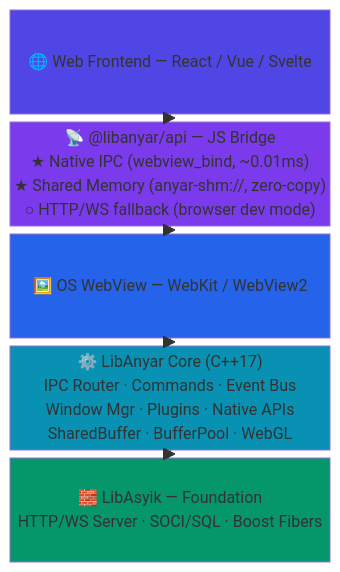
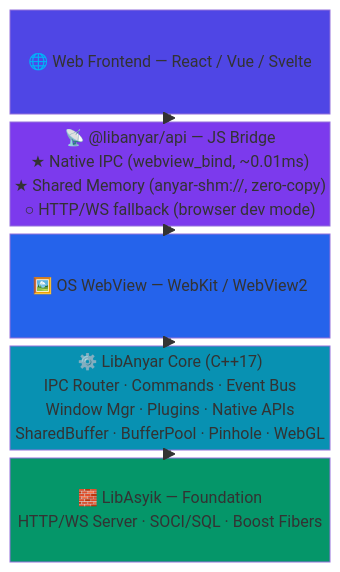
Before and after one commit to okyfirmansyah/libanyar: the first of 2 diagrams in README.md, drawn with Mermaid. The commit also changed other lines of this file and 45 other files, not shown here.

````diff
--- a/README.md
+++ b/README.md
@@ -59,21 +60,21 @@
 ```mermaid
 block-beta
   columns 1
 
   A["🌐 Web Frontend — React / Vue / Svelte"]
   B["📡 @libanyar/api — JS Bridge\n★ Native IPC (webview_bind, ~0.01ms)\n★ Shared Memory (anyar-shm://, zero-copy)\n○ HTTP/WS fallback (browser dev mode)"]
   C["🖼️ OS WebView — WebKit / WebView2"]
-  D["⚙️ LibAnyar Core (C++17)\nIPC Router · Commands · Event Bus\nWindow Mgr · Plugins · Native APIs\nSharedBuffer · BufferPool · WebGL"]
+  D["⚙️ LibAnyar Core (C++17)\nIPC Router · Commands · Event Bus\nWindow Mgr · Plugins · Native APIs\nSharedBuffer · BufferPool · Pinhole · WebGL"]
   E["🧱 LibAsyik — Foundation\nHTTP/WS Server · SOCI/SQL · Boost Fibers"]
 
   A -- " " --> B
   B -- " " --> C
   C -- " " --> D
   D -- " " --> E
 
   style A fill:#4f46e5,color:#fff
   style B fill:#7c3aed,color:#fff
   style C fill:#2563eb,color:#fff
   style D fill:#0891b2,color:#fff
   style E fill:#059669,color:#fff
 ```
````
